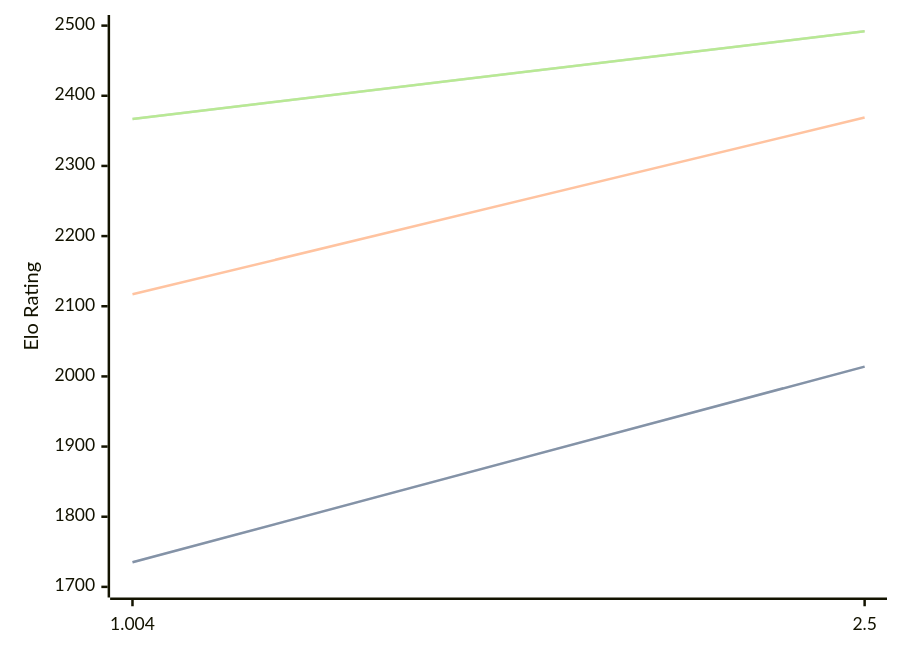
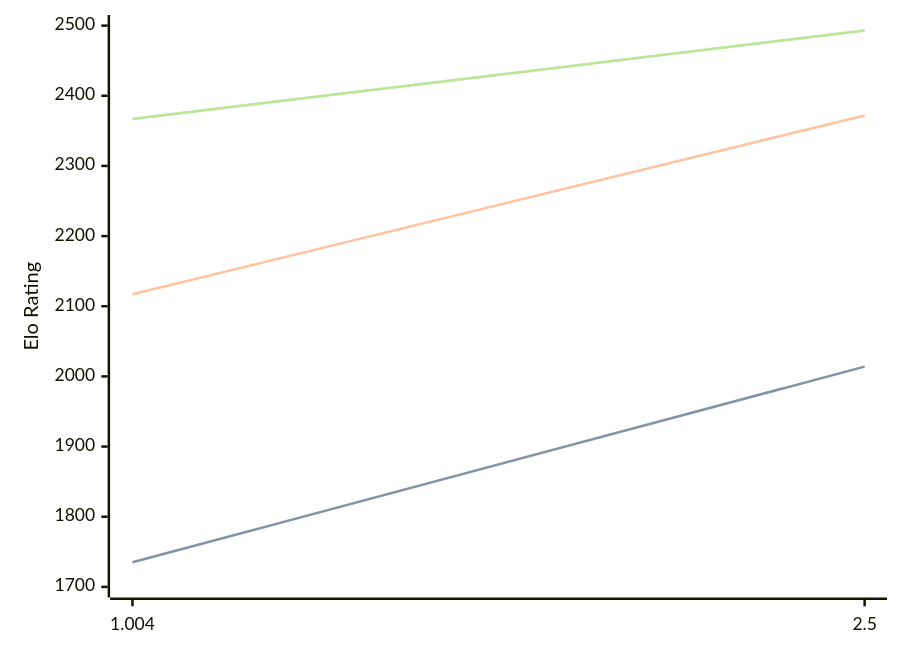
Before and after one commit to computer-chess-index/cci: the diagram in engines/Ares.md, drawn with Mermaid. The commit also changed other lines of this file, not shown here.

Commit message:
Update CCI Ratings (ELO VLTC) - 2026-05-14

````diff
--- a/engines/Ares.md
+++ b/engines/Ares.md
@@ -32,11 +32,11 @@
 ```mermaid
 %%{init: {"theme":"base","themeVariables":{"seriesColors:['#a3a3a3','#222221','#faa371']}}}%%
 xychart-beta
   x-axis ["1.004", "2.5"]
   y-axis "Elo Rating" 1700 --> 2500
   line "STC (8.0+0.08s)" [1735, 2014]
   line "STC (8.0+0.08s)" [1735, 2014]
-  line "LTC (60.0+0.60s)" [2117, 2369]
-  line "VLTC (2m24s+1.12s)" [2367, 2492]
-  line "VLTC (2m24s+1.12s)" [2367, 2492]
+  line "LTC (60.0+0.60s)" [2117, 2372]
+  line "VLTC (2m24s+1.12s)" [2367, 2493]
+  line "VLTC (2m24s+1.12s)" [2367, 2493]
 ```
````
